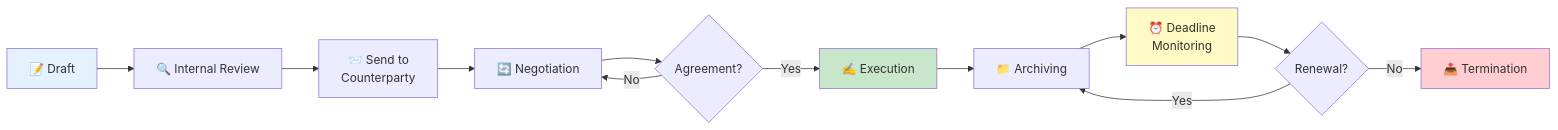
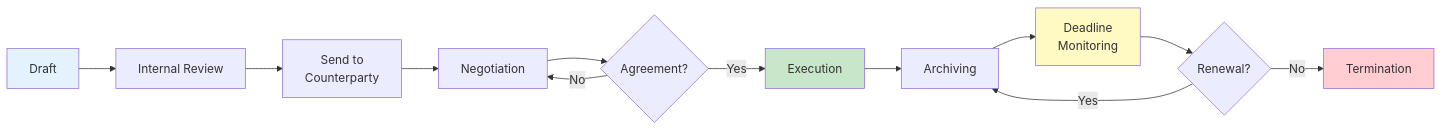
The first of 2 diagrams in law_en.md (justinsz/ProPrompt), drawn with Mermaid before and after one commit. The commit also changed other lines of this file and 11 other files, not shown here.

````diff
--- a/law_en.md
+++ b/law_en.md
@@ -124,19 +124,19 @@
 ```mermaid
 flowchart LR
-    A[📝 Draft] --> B[🔍 Internal Review]
-    B --> C[📨 Send to<br/>Counterparty]
-    C --> D[🔄 Negotiation]
+    A[Draft] --> B[Internal Review]
+    B --> C[Send to<br/>Counterparty]
+    C --> D[Negotiation]
     D --> E{Agreement?}
-    E -- Yes --> F[✍️ Execution]
+    E -- Yes --> F[Execution]
     E -- No --> D
-    F --> G[📁 Archiving]
-    G --> H[⏰ Deadline<br/>Monitoring]
+    F --> G[Archiving]
+    G --> H[Deadline<br/>Monitoring]
     H --> I{Renewal?}
     I -- Yes --> G
-    I -- No --> J[📤 Termination]
+    I -- No --> J[Termination]
 
     style A fill:#e3f2fd
     style F fill:#c8e6c9
     style H fill:#fff9c4
     style J fill:#ffcdd2
 ```
````
